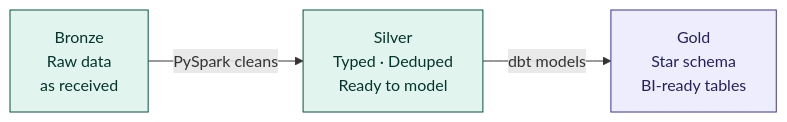
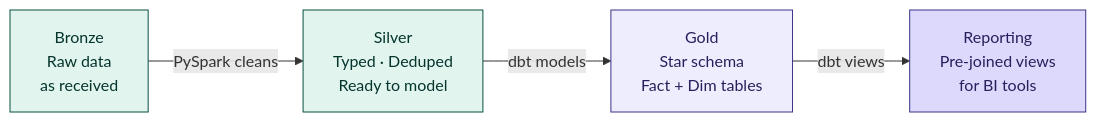
The first of 3 diagrams in README.md (Aamirali7596/Finalto_Yelp_project), drawn with Mermaid before and after one commit. The commit also changed other lines of this file and 6 other files, not shown here.

First line of the commit message:
Refactor Yelp Data Engineering Platform Documentation and Architecture

````diff
--- a/README.md
+++ b/README.md
@@ -23,15 +23,19 @@
 ```mermaid
 flowchart LR
     A["Bronze
     Raw data
     as received"] -->|PySpark cleans| B["Silver
     Typed · Deduped
     Ready to model"]
     B -->|dbt models| C["Gold
     Star schema
-    BI-ready tables"]
+    Fact + Dim tables"]
+    C -->|dbt views| D["Reporting
+    Pre-joined views
+    for BI tools"]
 
     style A fill:#E1F5EE,stroke:#085041,color:#04342C
     style B fill:#E1F5EE,stroke:#085041,color:#04342C
     style C fill:#EEEDFE,stroke:#3C3489,color:#26215C
+    style D fill:#DDD9FC,stroke:#3C3489,color:#26215C
 ```
````
